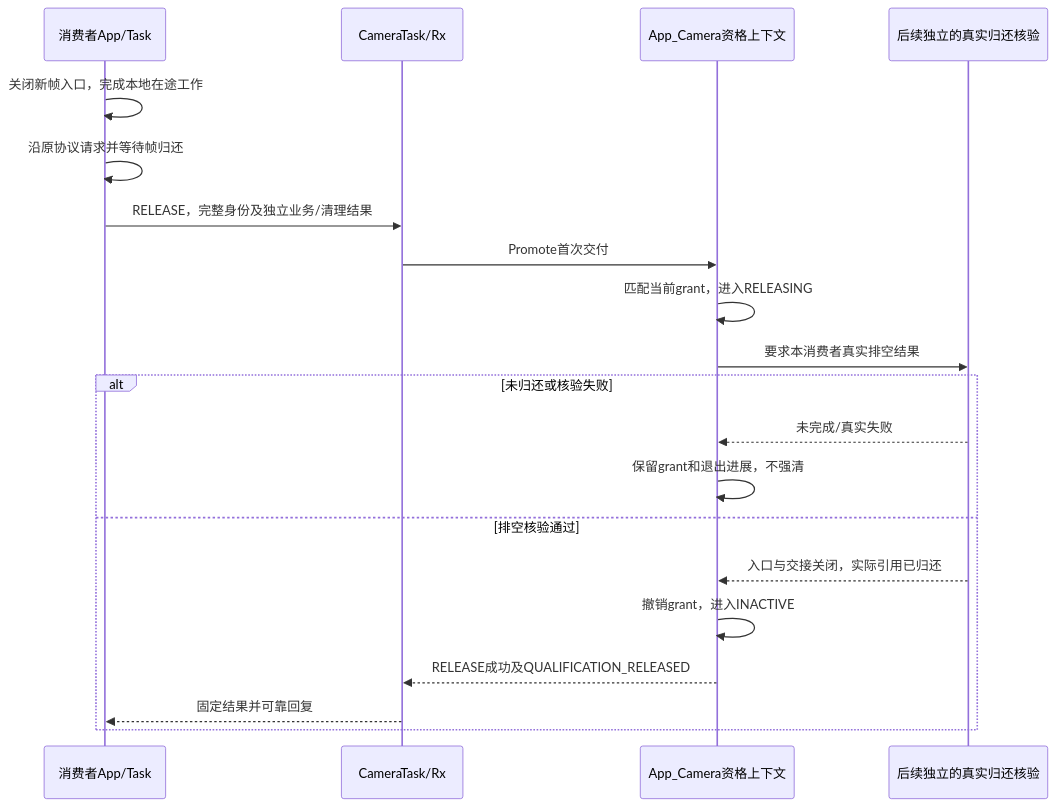
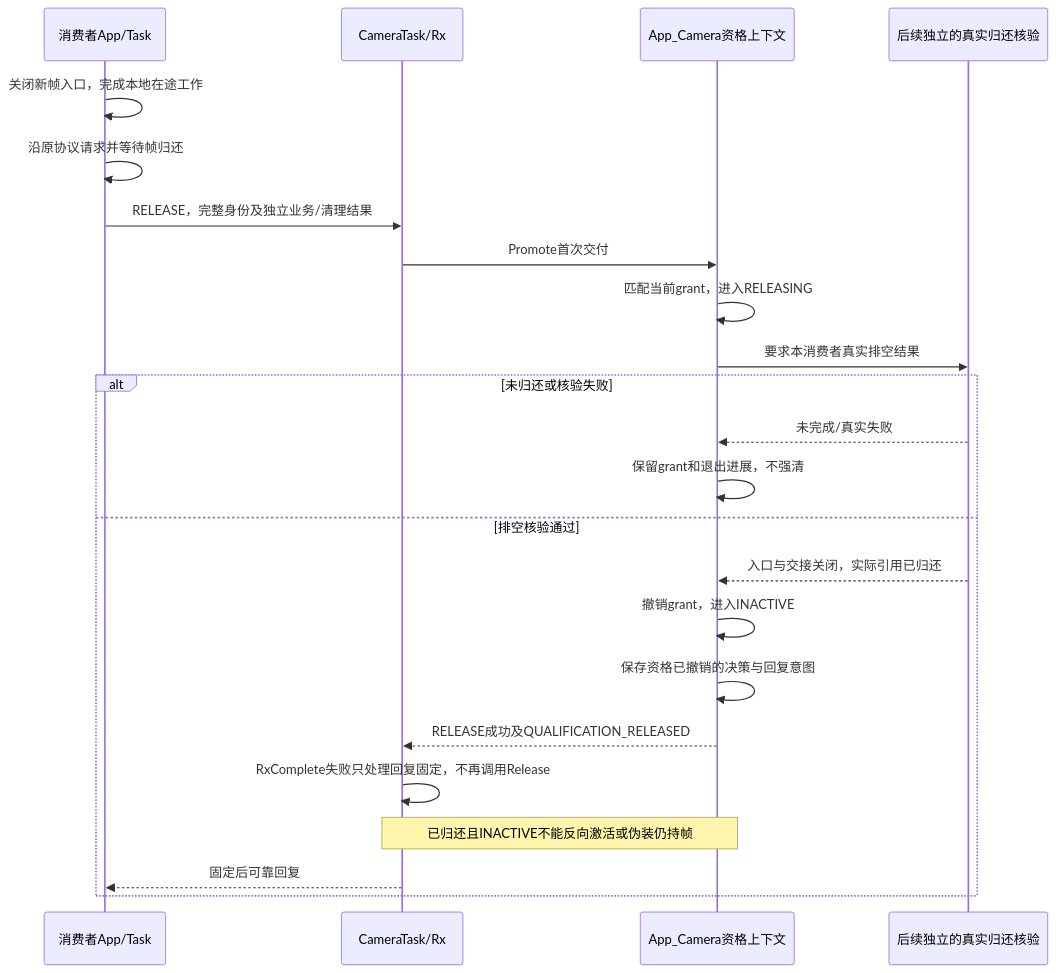
Before and after one commit to ruk93668-creator/h7_mac: the seventh of 8 diagrams in Docs/Design/C2.2_Consumer资格管理设计.md, drawn with Mermaid. The commit also changed other lines of this file, not shown here.

````diff
--- a/Docs/Design/C2.2_Consumer资格管理设计.md
+++ b/Docs/Design/C2.2_Consumer资格管理设计.md
@@ -319,22 +399,25 @@
 ```mermaid
 sequenceDiagram
     participant A as 消费者App/Task
     participant R as CameraTask/Rx
     participant C as App_Camera资格上下文
     participant L as 后续独立的真实归还核验
     A->>A: 关闭新帧入口，完成本地在途工作
     A->>A: 沿原协议请求并等待帧归还
     A->>R: RELEASE，完整身份及独立业务/清理结果
     R->>C: Promote首次交付
     C->>C: 匹配当前grant，进入RELEASING
     C->>L: 要求本消费者真实排空结果
     alt 未归还或核验失败
         L-->>C: 未完成/真实失败
         C->>C: 保留grant和退出进展，不强清
     else 排空核验通过
         L-->>C: 入口与交接关闭，实际引用已归还
         C->>C: 撤销grant，进入INACTIVE
+        C->>C: 保存资格已撤销的决策与回复意图
         C-->>R: RELEASE成功及QUALIFICATION_RELEASED
-        R-->>A: 固定结果并可靠回复
+        R->>R: RxComplete失败只处理回复固定，不再调用Release
+        Note over C,R: 已归还且INACTIVE不能反向激活或伪装仍持帧
+        R-->>A: 固定后可靠回复
     end
 ```
````
